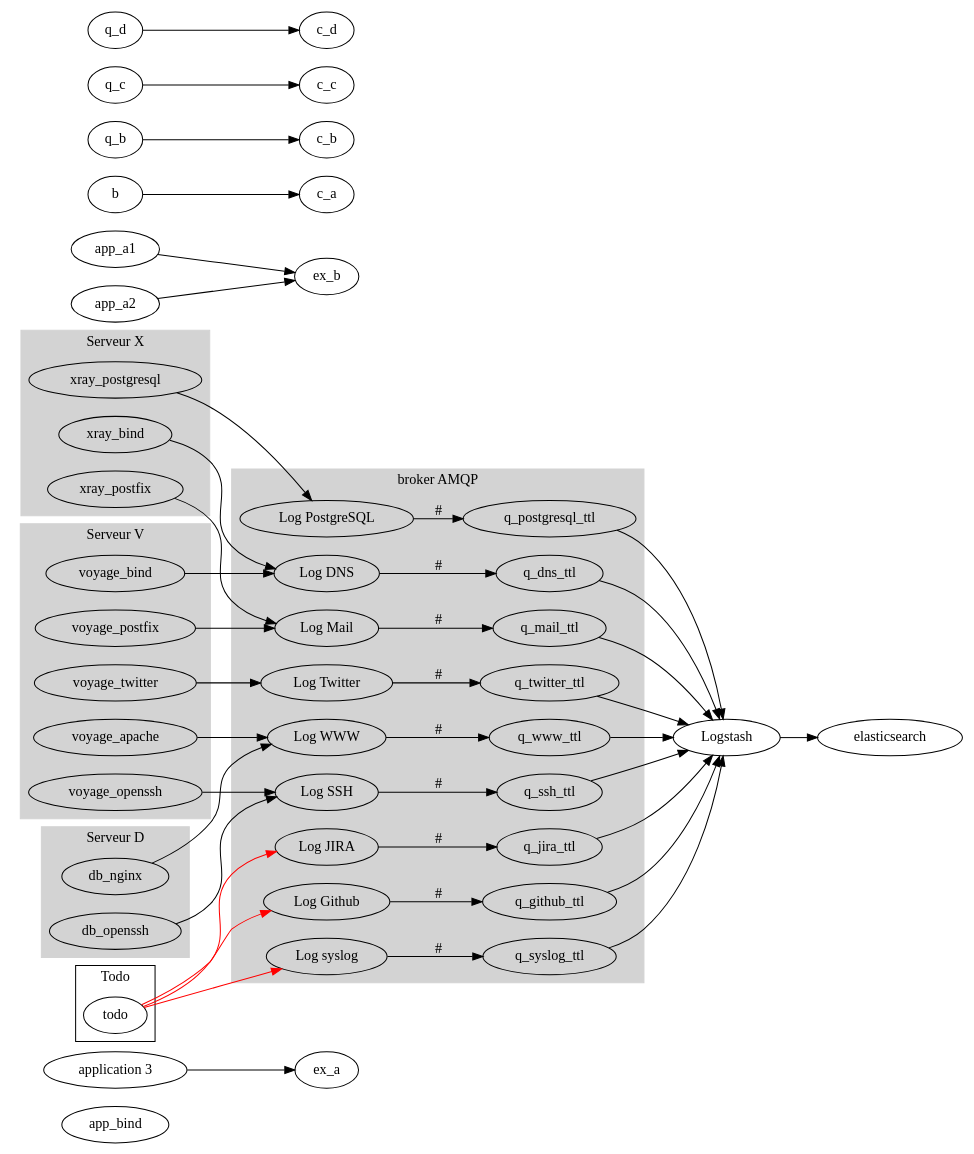
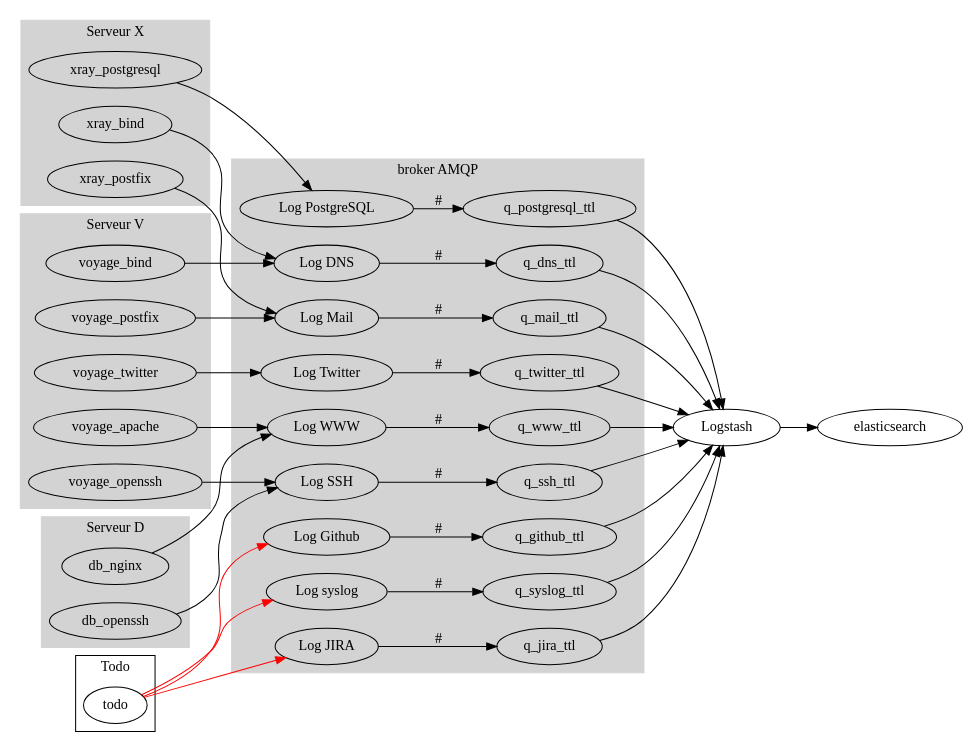
Before and after one commit to r6d/r6d.github.io: the diagram in assets/files/2015/12/mqs-impl.dot, drawn with Graphviz.

Commit message:
avancement description

```diff
--- a/assets/files/2015/12/mqs-impl.dot
+++ b/assets/files/2015/12/mqs-impl.dot
@@ -1,86 +1,75 @@
 digraph {
     rankdir=LR;
 
-    // Expéditeurs
-    app_bind;
-
-    app_b1[label="application 3"];
-
     // Point d'échange
-    ex_l_dns          [label="Log DNS"];
-    ex_l_mail         [label="Log Mail"];
-    ex_l_www          [label="Log WWW"];
-    ex_l_ssh          [label="Log SSH"];
-    ex_l_syslog       [label="Log syslog"];
-    ex_l_postgresql   [label="Log PostgreSQL"];
-    ex_l_twitter      [label="Log Twitter"];
-    ex_l_jira         [label="Log JIRA"];
-    ex_l_github       [label="Log Github"];
+    ex_l_dns            [label="Log DNS"];
+    ex_l_mail           [label="Log Mail"];
+    ex_l_www            [label="Log WWW"];
+    ex_l_ssh            [label="Log SSH"];
+    ex_l_syslog         [label="Log syslog"];
+    ex_l_postgresql     [label="Log PostgreSQL"];
+    ex_l_twitter        [label="Log Twitter"];
+    ex_l_jira           [label="Log JIRA"];
+    ex_l_github         [label="Log Github"];
 
     // Files d'attente
 
     // Consommateur
-    c_logstash[label="Logstash"];
+    c_logstash          [label="Logstash"];
 
     subgraph cluster_0 {
         style=filled;
         color=lightgrey;
         label="broker AMQP";
 
-        {ex_l_dns} ->       {q_dns_ttl;}[label="#"];
-        {ex_l_github} ->    {q_github_ttl;}[label="#"];
-        {ex_l_jira} ->      {q_jira_ttl;}[label="#"];
-        {ex_l_mail} ->      {q_mail_ttl;}[label="#"];
+        {ex_l_dns}      ->  {q_dns_ttl;}    [label="#"];
+        {ex_l_github}   ->  {q_github_ttl;} [label="#"];
+        {ex_l_jira}     ->  {q_jira_ttl;}   [label="#"];
+        {ex_l_mail}     ->  {q_mail_ttl;}   [label="#"];
         {ex_l_postgresql}-> {q_postgresql_ttl;}[label="#"];
-        {ex_l_ssh} ->       {q_ssh_ttl;}[label="#"];
-        {ex_l_syslog} ->    {q_syslog_ttl;}[label="#"];
-        {ex_l_twitter} ->   {q_twitter_ttl;}[label="#"];
-        {ex_l_www} ->       {q_www_ttl;}[label="#"];
+        {ex_l_ssh}      ->  {q_ssh_ttl;}    [label="#"];
+        {ex_l_syslog}   ->  {q_syslog_ttl;} [label="#"];
+        {ex_l_twitter}  ->  {q_twitter_ttl;}[label="#"];
+        {ex_l_www}      ->  {q_www_ttl;}    [label="#"];
     }
 
     subgraph cluster_1 {
         style=filled;
         color=lightgrey;
         label="Serveur X";
 
-        xray_bind -> ex_l_dns;
-        xray_postfix -> ex_l_mail;
+        xray_bind       -> ex_l_dns;
+        xray_postfix    -> ex_l_mail;
         xray_postgresql -> ex_l_postgresql;
     }
     subgraph cluster_2 {
         style=filled;
         color=lightgrey;
         label="Serveur V";
 
-        voyage_apache -> ex_l_www;
-        voyage_bind -> ex_l_dns;
-        voyage_openssh -> ex_l_ssh;
-        voyage_postfix -> ex_l_mail;
-        voyage_twitter -> ex_l_twitter;
+        voyage_apache   -> ex_l_www;
+        voyage_bind     -> ex_l_dns;
+        voyage_openssh  -> ex_l_ssh;
+        voyage_postfix  -> ex_l_mail;
+        voyage_twitter  -> ex_l_twitter;
     }
     subgraph cluster_3 {
         style=filled;
         color=lightgrey;
         label="Serveur D";
 
-        db_nginx -> ex_l_www;
-        db_openssh -> ex_l_ssh;
+        db_nginx        -> ex_l_www;
+        db_openssh      -> ex_l_ssh;
     }
     subgraph cluster_4 {
         label="Todo";
         
-        todo -> ex_l_jira[color="red"];
-        todo -> ex_l_github[color="red"];
-        todo -> ex_l_syslog[color="red"];
+        todo -> ex_l_jira   [color="red"];
+        todo -> ex_l_github [color="red"];
+        todo -> ex_l_syslog [color="red"];
     }
     // Liens entrées
-    {app_a1; app_a2 } -> {ex_b};
-    {app_b1; } -> {ex_a};
 
     // Liens sorties
     {q_dns_ttl;q_mail_ttl;q_www_ttl;q_ssh_ttl;q_syslog_ttl;q_postgresql_ttl;q_twitter_ttl;q_jira_ttl; q_github_ttl;} -> c_logstash->elasticsearch;
-    b -> c_a;
-    q_b -> c_b;
-    q_c -> c_c;
-    q_d -> c_d;
 }
```
